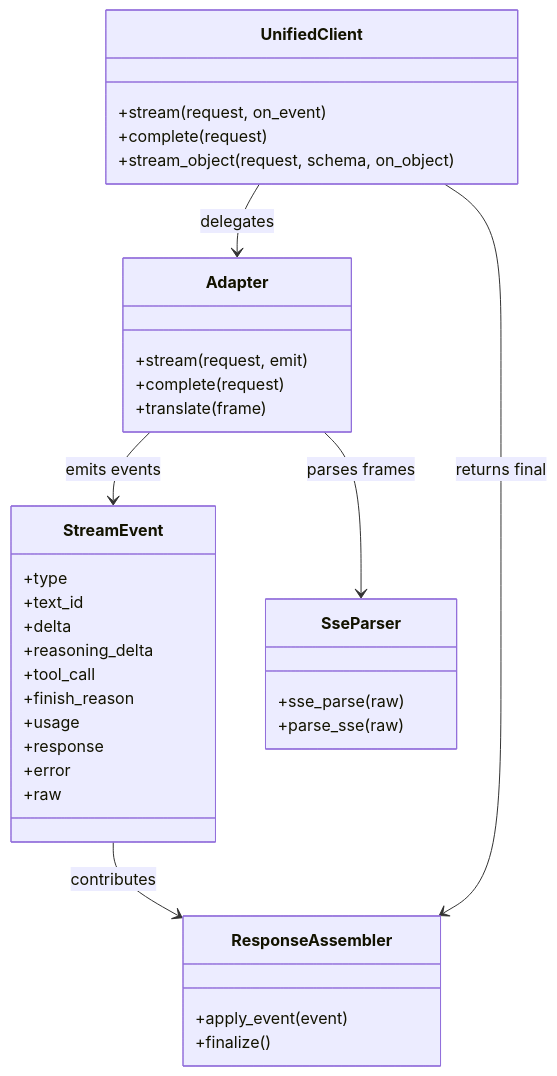
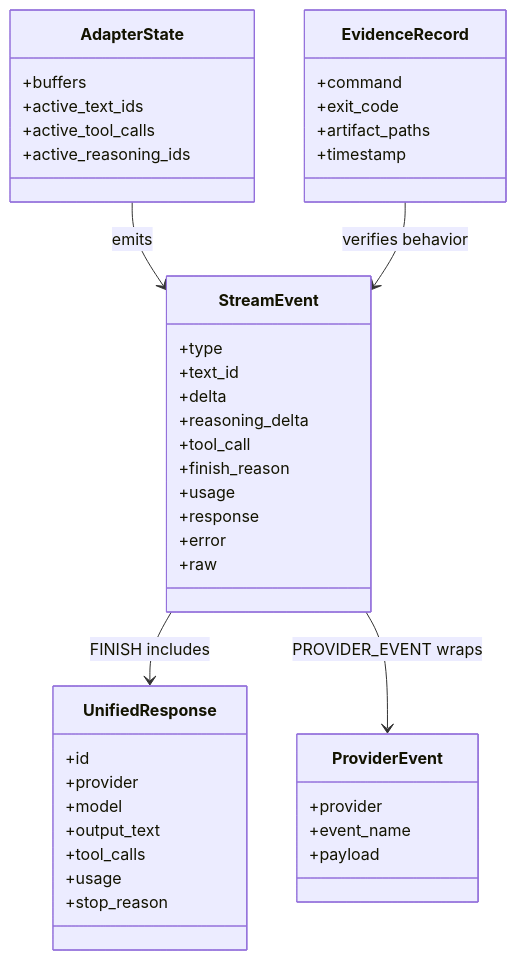
Before and after one commit to jaytaylor/attractor-tcl: the first of 5 diagrams in docs/sprints/SPRINT-005-comprehensive-implementation-plan.md, drawn with Mermaid. The commit also changed other lines of this file, not shown here.

````diff
--- a/docs/sprints/SPRINT-005-comprehensive-implementation-plan.md
+++ b/docs/sprints/SPRINT-005-comprehensive-implementation-plan.md
@@ -1594,38 +573,45 @@
 ```mermaid
 classDiagram
-  class UnifiedClient {
-    +stream(request, on_event)
-    +complete(request)
-    +stream_object(request, schema, on_object)
-  }
   class StreamEvent {
     +type
     +text_id
     +delta
     +reasoning_delta
     +tool_call
     +finish_reason
     +usage
     +response
     +error
     +raw
   }
-  class Adapter {
-    +stream(request, emit)
-    +complete(request)
-    +translate(frame)
+  class UnifiedResponse {
+    +id
+    +provider
+    +model
+    +output_text
+    +tool_calls
+    +usage
+    +stop_reason
   }
-  class SseParser {
-    +sse_parse(raw)
-    +parse_sse(raw)
+  class ProviderEvent {
+    +provider
+    +event_name
+    +payload
   }
-  class ResponseAssembler {
-    +apply_event(event)
-    +finalize()
+  class AdapterState {
+    +buffers
+    +active_text_ids
+    +active_tool_calls
+    +active_reasoning_ids
   }
-  UnifiedClient --> Adapter : delegates
-  Adapter --> SseParser : parses frames
-  Adapter --> StreamEvent : emits events
-  StreamEvent --> ResponseAssembler : contributes
-  UnifiedClient --> ResponseAssembler : returns final
+  class EvidenceRecord {
+    +command
+    +exit_code
+    +artifact_paths
+    +timestamp
+  }
+  StreamEvent --> UnifiedResponse : FINISH includes
+  StreamEvent --> ProviderEvent : PROVIDER_EVENT wraps
+  AdapterState --> StreamEvent : emits
+  EvidenceRecord --> StreamEvent : verifies behavior
 ```
````
